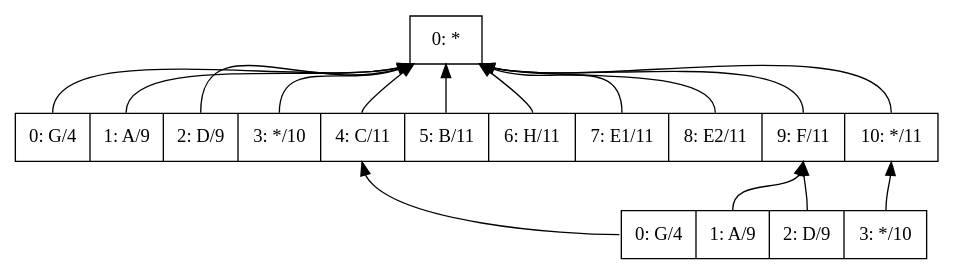
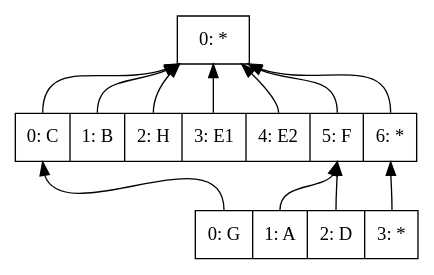
Before and after one commit to lundmikkel/C5: the diagram in C5.Tests/intervaled/data/layered_containment_list.gv, drawn with Graphviz. The commit also changed 4 other files, not shown here.

```diff
--- a/C5.Tests/intervaled/data/layered_containment_list.gv
+++ b/C5.Tests/intervaled/data/layered_containment_list.gv
@@ -1,25 +1,21 @@
-digraph LayeredContainmentList3 {
+digraph LayeredContainmentList2 {
 	rankdir=BT;
 	node [shape=record];
 
-	layer0 [fontname=consola, label="<n0> 0: G/4|<n1> 1: A/9|<n2> 2: D/9|<n3> 3: */10"];
-	layer0:n0 -> layer1:n4;
-	layer0:n1 -> layer1:n9;
-	layer0:n2 -> layer1:n9;
-	layer0:n3 -> layer1:n10;
+	layer0 [fontname=consola, label="<n0> 0: G|<n1> 1: A|<n2> 2: D|<n3> 3: *"];
+	layer0:n0 -> layer1:n0;
+	layer0:n1 -> layer1:n5;
+	layer0:n2 -> layer1:n5;
+	layer0:n3 -> layer1:n6;
 	
-	layer1 [fontname=consola, label="<n0> 0: G/4|<n1> 1: A/9|<n2> 2: D/9|<n3> 3: */10|<n4> 4: C/11|<n5> 5: B/11|<n6> 6: H/11|<n7> 7: E1/11|<n8> 8: E2/11|<n9> 9: F/11|<n10> 10: */11"];
-	layer1:n0 -> layer2:n4;
-	layer1:n1 -> layer2:n9;
-	layer1:n2 -> layer2:n9;
-	layer1:n3 -> layer2:n10;
-	layer1:n4 -> layer2:n11;
-	layer1:n5 -> layer2:n11;
-	layer1:n6 -> layer2:n11;
-	layer1:n7 -> layer2:n11;
-	layer1:n8 -> layer2:n11;
-	layer1:n9 -> layer2:n11;
-	layer1:n10 -> layer2:n11;
+	layer1 [fontname=consola, label="<n0> 0: C|<n1> 1: B|<n2> 2: H|<n3> 3: E1|<n4> 4: E2|<n5> 5: F|<n6> 6: *"];
+	layer1:n0 -> layer2:n0;
+	layer1:n1 -> layer2:n0;
+	layer1:n2 -> layer2:n0;
+	layer1:n3 -> layer2:n0;
+	layer1:n4 -> layer2:n0;
+	layer1:n5 -> layer2:n0;
+	layer1:n6 -> layer2:n0;
 	
 	layer2 [fontname=consola, label="<n0> 0: *"];
 }
```
